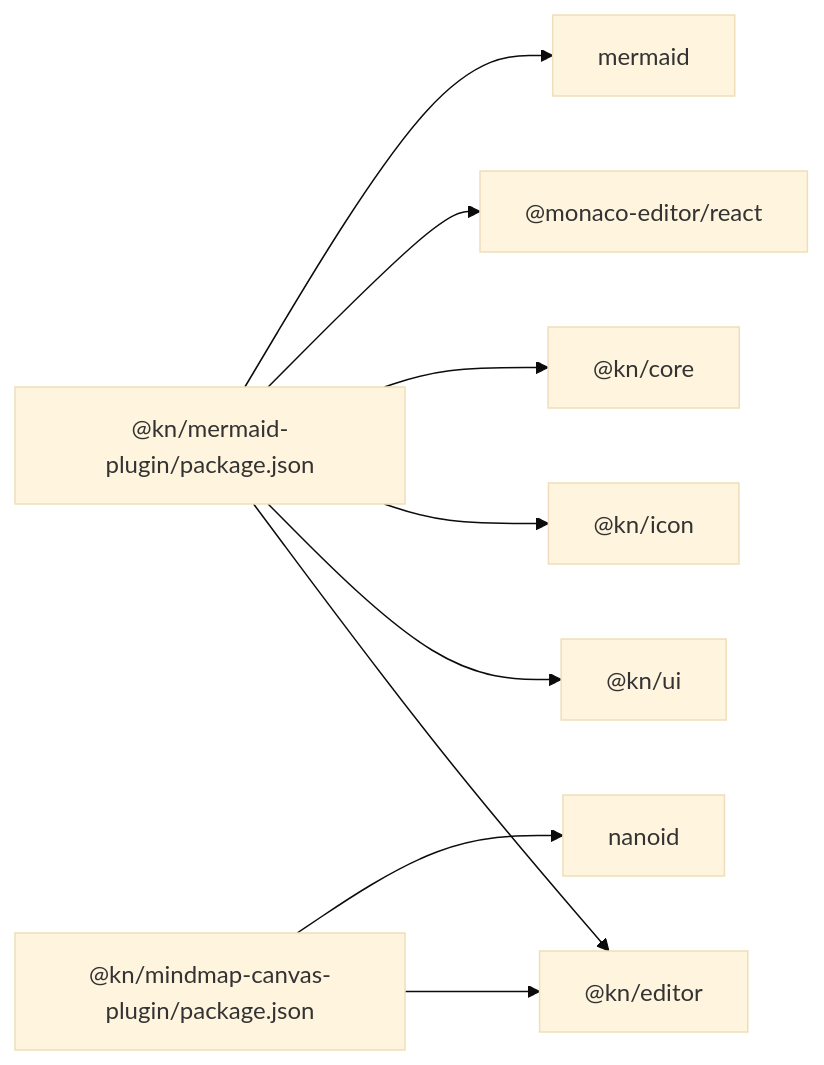
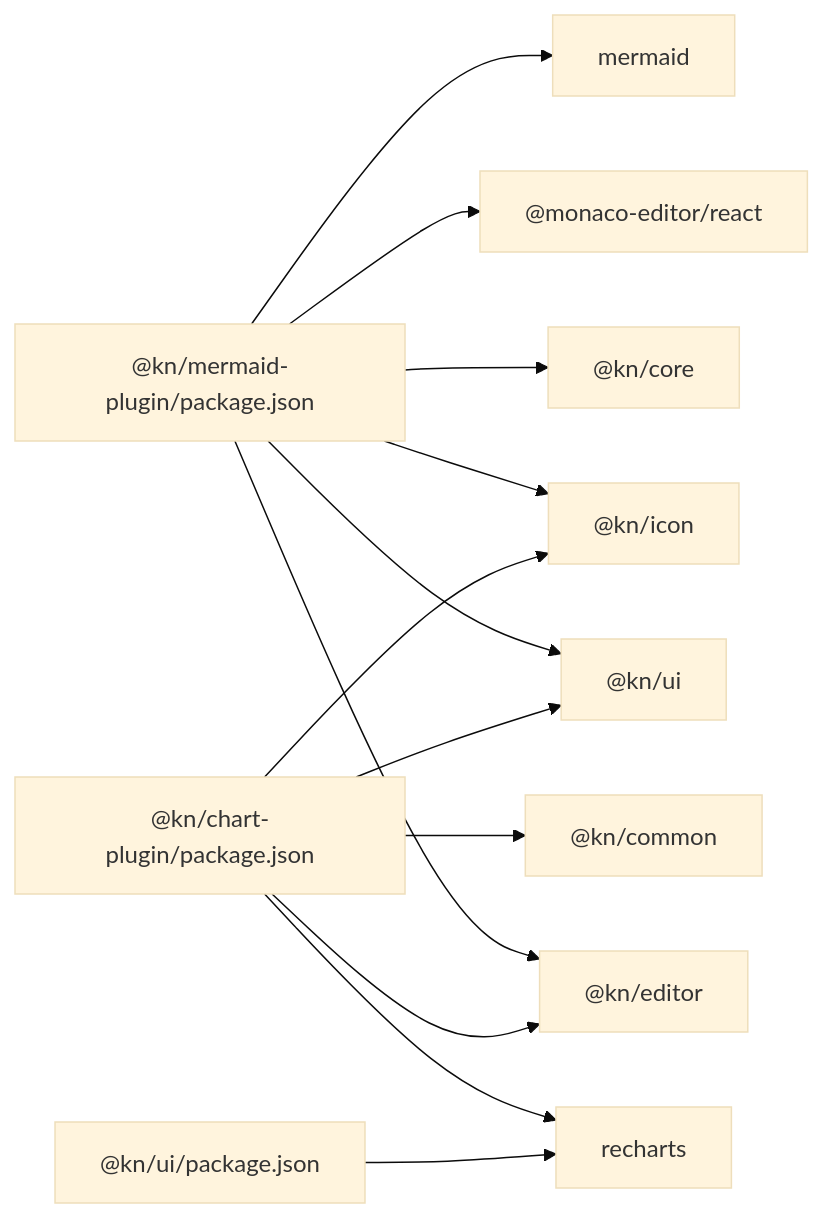
One commit to LRF0422/Kotion changed the eighth of 8 diagrams in .qoder/repowiki/zh/content/功能模块/图表插件.md. Above: the diagram before and after it, drawn with Mermaid (base theme). The commit also changed other lines of this file and 10 other files, not shown here.

````diff
--- a/.qoder/repowiki/zh/content/功能模块/图表插件.md
+++ b/.qoder/repowiki/zh/content/功能模块/图表插件.md
@@ -261,11 +446,15 @@
 ```mermaid
 graph LR
 M["@kn/mermaid-plugin/package.json"] --> E["@kn/editor"]
 M --> UI["@kn/ui"]
 M --> ICON["@kn/icon"]
 M --> CORE["@kn/core"]
 M --> MONACO["@monaco-editor/react"]
 M --> MERMAID["mermaid"]
-MM["@kn/mindmap-canvas-plugin/package.json"] --> E
-MM --> NANOID["nanoid"]
+C["@kn/chart-plugin/package.json"] --> E
+C --> UI
+C --> ICON
+C --> COMMON["@kn/common"]
+C --> RECHARTS["recharts"]
+U["@kn/ui/package.json"] --> RECHARTS
 ```
````
